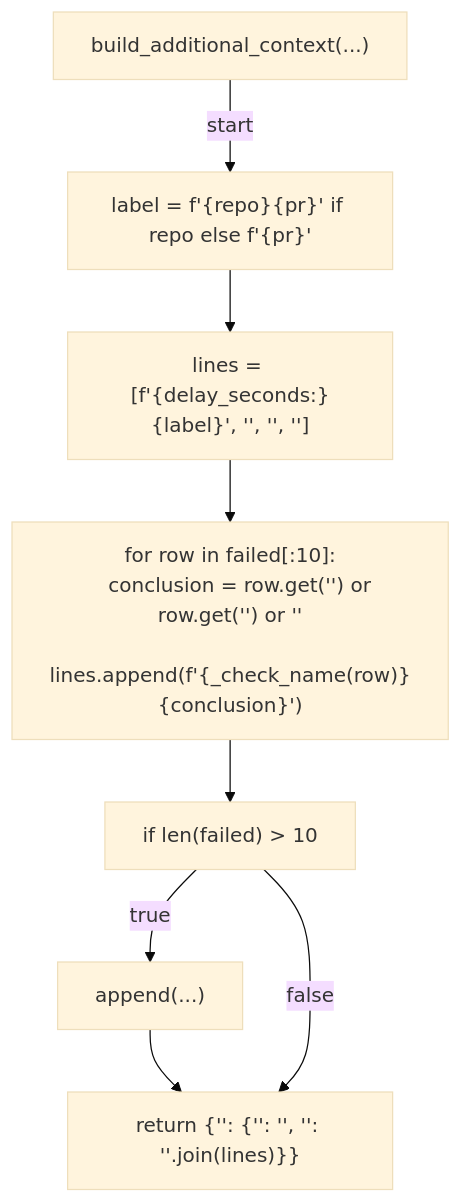
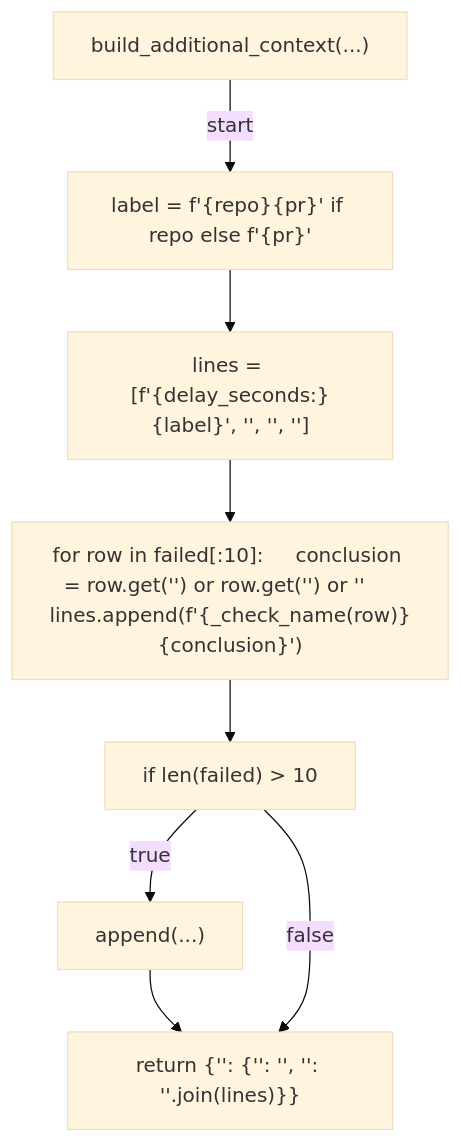
One commit to tvna/claude-md changed the ninth of 11 diagrams in docs/generated/scripts/ast/ci_early_status_probe.md. Above: the diagram before and after it, drawn with Mermaid (base theme). The commit also changed other lines of this file and 20 other files, not shown here.

First line of the commit message:
docs(generated): regenerate decision tree and workflow diagrams (batch 1/5)

````diff
--- a/docs/generated/scripts/ast/ci_early_status_probe.md
+++ b/docs/generated/scripts/ast/ci_early_status_probe.md
@@ -255,19 +230,17 @@
 ```mermaid
 flowchart TD
     N001["build_additional_context(...)"]
     N002["label = f'{repo}<str>{pr}' if repo else f'<str>{pr}'"]
     N003["lines = [f'<str>{delay_seconds:<str>}<str>{label}<str>', '<str>', '<str>', '<str>']"]
-    N004["for row in failed[:10]:
-    conclusion = row.get('<str>') or row.get('<str>') or '<str>'
-    lines.append(f'<str>{_check_name(row)}<str>{conclusion}')"]
+    N004["for row in failed[:10]:     conclusion = row.get('<str>') or row.get('<str>') or '<str>'     lines.append(f'<str>{_check_name(row)}<str>{conclusion}')"]
     N005["if len(failed) > 10"]
     N006["append(...)"]
     N007["return {'<str>': {'<str>': '<str>', '<str>': '<str>'.join(lines)}}"]
     N001 -->|"start"| N002
     N002 --> N003
     N003 --> N004
     N004 --> N005
     N005 -->|"true"| N006
     N006 --> N007
     N005 -->|"false"| N007
 ```
````
